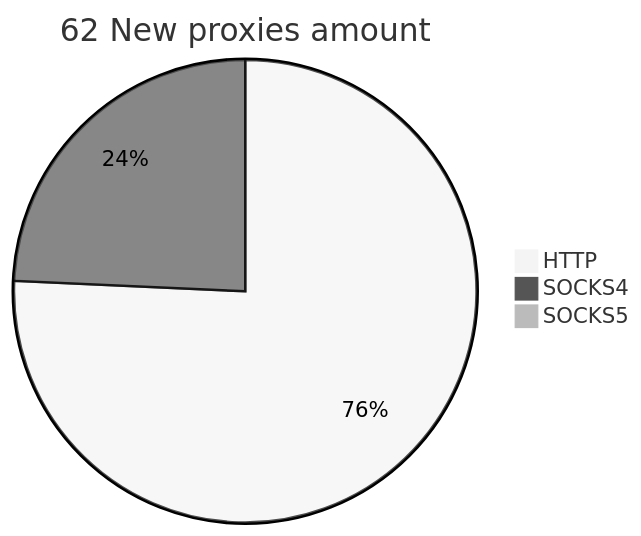
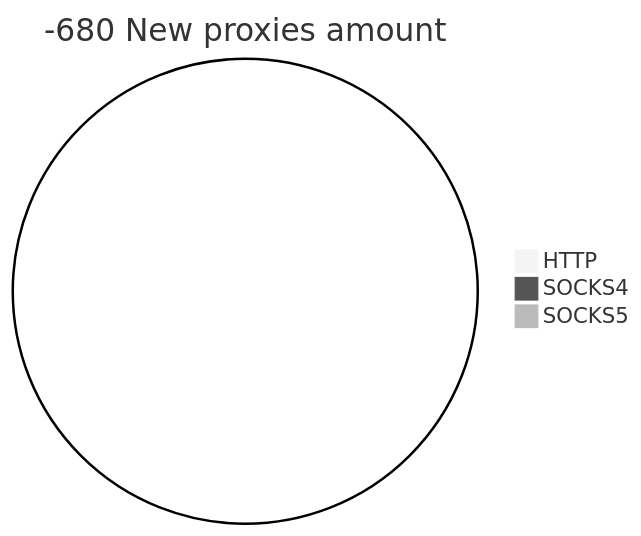
One commit to cutipu/proxylist changed the second of 2 diagrams in README.md. Above: the diagram before and after it, drawn with Mermaid (neutral theme). The commit also changed other lines of this file, not shown here.

````diff
--- a/README.md
+++ b/README.md
@@ -10,6 +10,6 @@
 ```mermaid
-pie title 62 New proxies amount
-    "HTTP" : 53
-    "SOCKS4" : 17
+pie title -680 New proxies amount
+    "HTTP" : 0
+    "SOCKS4" : 0
     "SOCKS5" : 0
 ```
````
